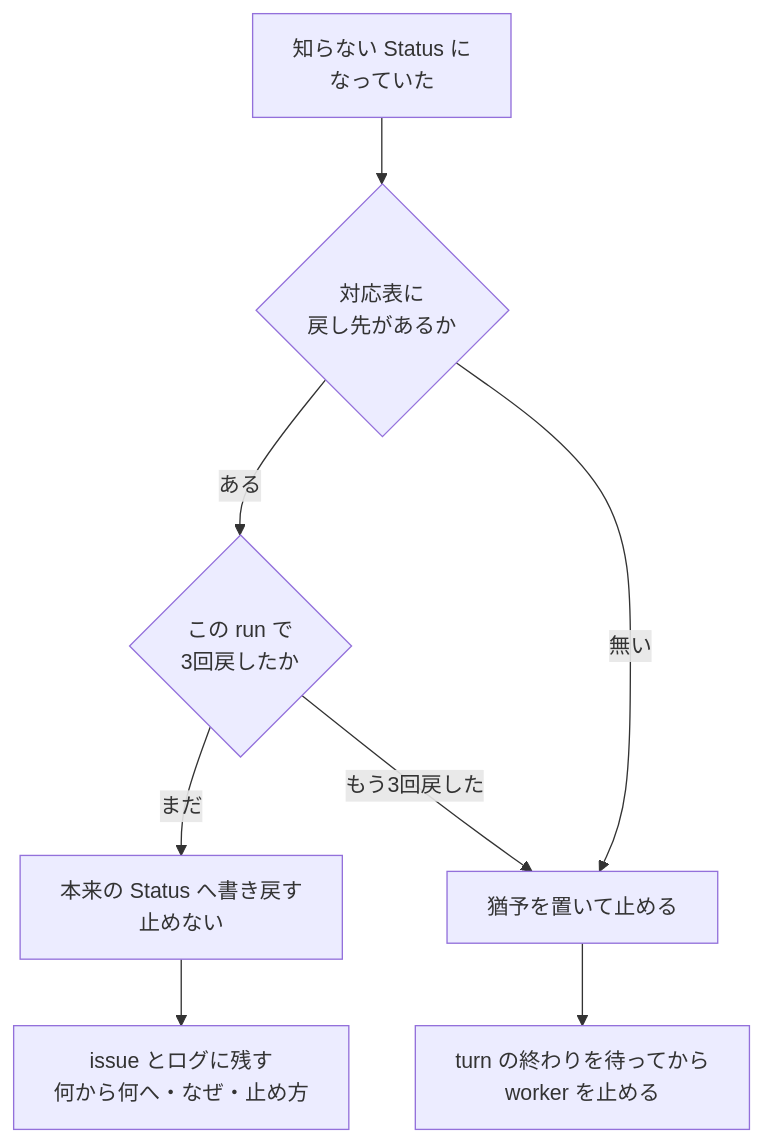
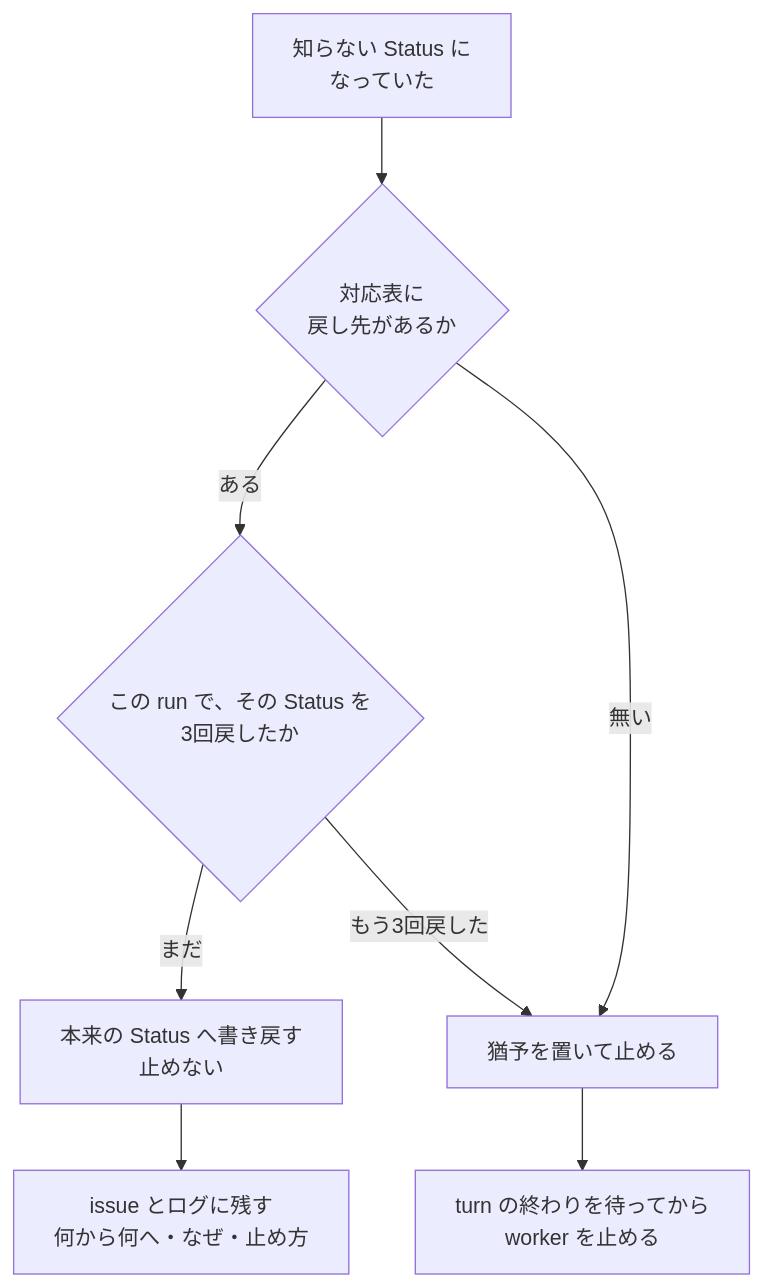
The fifth of 6 diagrams in docs/agent_life_cycle.md (maimuzo/continuo), drawn with Mermaid before and after one commit. The commit also changed 14 other files, not shown here.

````diff
--- a/docs/agent_life_cycle.md
+++ b/docs/agent_life_cycle.md
@@ -280,10 +280,10 @@
 ```mermaid
 flowchart TD
     A["知らない Status に<br/>なっていた"] --> C{"対応表に<br/>戻し先があるか"}
-    C -->|ある| L{"この run で<br/>3回戻したか"}
+    C -->|ある| L{"この run で、その Status を<br/>3回戻したか"}
     C -->|無い| F["猶予を置いて止める"]
     L -->|まだ| E["本来の Status へ書き戻す<br/>止めない"]
     L -->|"もう3回戻した"| F
     E --> G["issue とログに残す<br/>何から何へ・なぜ・止め方"]
     F --> H["turn の終わりを待ってから<br/>worker を止める"]
 ```
````
